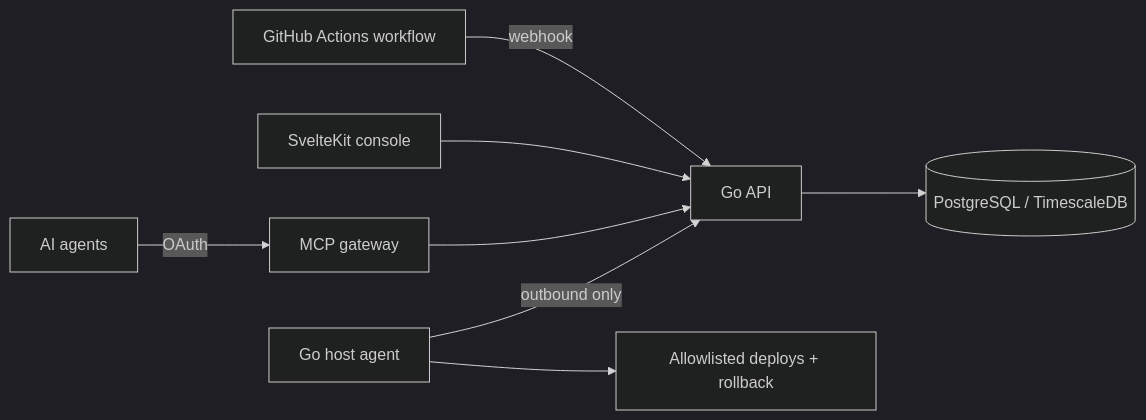
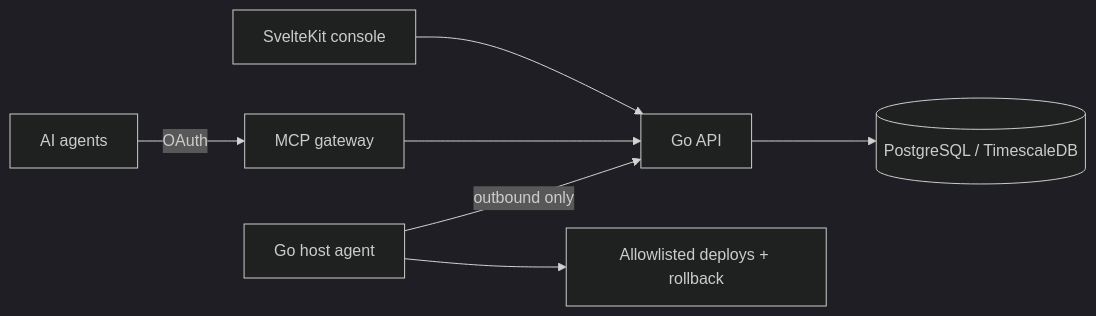
The diagram in src/en/products/deploybot.md (binartist/about-me), drawn with Mermaid (dark theme) before and after one commit. The commit also changed other lines of this file and 1 other file, not shown here.

Commit message:
Correct Deploybot build claim: webhook auto-deploy is not built
Restore Planned on the lifecycle Build row and describe only what ships:
CI builds and publishes the image, Deploybot deploys it from the registry.

````diff
--- a/src/en/products/deploybot.md
+++ b/src/en/products/deploybot.md
@@ -12,10 +12,9 @@
 ```mermaid
 flowchart LR
   Agents[AI agents] -->|OAuth| MCP[MCP gateway]
-  CI[GitHub Actions workflow] -->|webhook| API[Go API]
-  Console[SvelteKit console] --> API
+  Console[SvelteKit console] --> API[Go API]
   MCP --> API
   API --> PG[(PostgreSQL / TimescaleDB)]
   HostAgent[Go host agent] -->|outbound only| API
   HostAgent --> Deploy[Allowlisted deploys + rollback]
 ```
````
